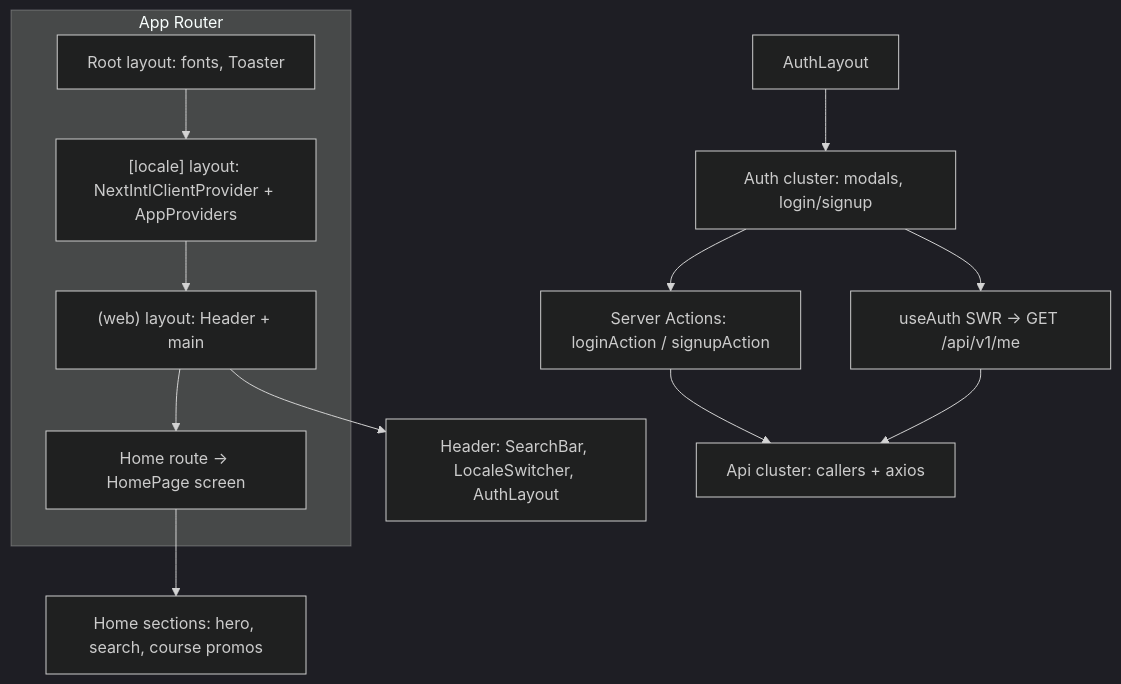
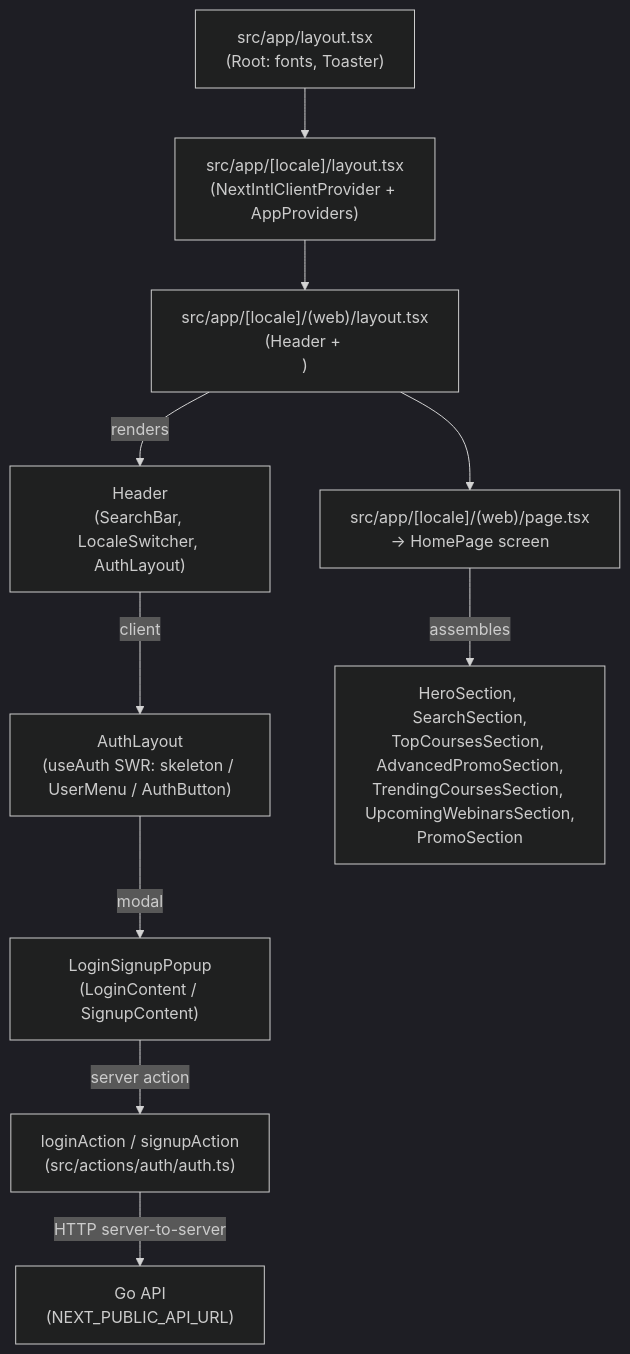
One commit to lkienkle11/fe-mycourse changed the diagram in docs/architecture.md. Above: the diagram before and after it, drawn with Mermaid (dark theme). The commit also changed other lines of this file and 3 other files, not shown here.

Commit message:
docs: expand architecture deploy flow screens

````diff
--- a/docs/architecture.md
+++ b/docs/architecture.md
@@ -20,17 +59,17 @@
 ```mermaid
 flowchart TB
-  subgraph app["App Router"]
-    RL[Root layout: fonts, Toaster]
-    LL["[locale] layout: NextIntlClientProvider + AppProviders"]
-    WL["(web) layout: Header + main"]
-    HP[Home route → HomePage screen]
-  end
+  RL["src/app/layout.tsx\n(Root: fonts, Toaster)"]
+  LL["src/app/[locale]/layout.tsx\n(NextIntlClientProvider + AppProviders)"]
+  WL["src/app/[locale]/(web)/layout.tsx\n(Header + <main>)"]
+  HP["src/app/[locale]/(web)/page.tsx\n→ HomePage screen"]
+
   RL --> LL --> WL --> HP
-  WL --> Header[Header: SearchBar, LocaleSwitcher, AuthLayout]
-  AuthLayout --> Auth[Auth cluster: modals, login/signup]
-  HP --> Ui[Home sections: hero, search, course promos]
-  Auth --> Actions[Server Actions: loginAction / signupAction]
-  Actions --> Api[Api cluster: callers + axios]
-  Auth --> ClientMe[useAuth SWR → GET /api/v1/me]
-  ClientMe --> Api
+
+  WL -->|renders| Header["Header\n(SearchBar, LocaleSwitcher, AuthLayout)"]
+  Header -->|client| AuthLayout["AuthLayout\n(useAuth SWR: skeleton / UserMenu / AuthButton)"]
+  AuthLayout -->|modal| LoginSignupPopup["LoginSignupPopup\n(LoginContent / SignupContent)"]
+  LoginSignupPopup -->|server action| SA["loginAction / signupAction\n(src/actions/auth/auth.ts)"]
+  SA -->|HTTP server-to-server| GoAPI["Go API\n(NEXT_PUBLIC_API_URL)"]
+
+  HP -->|assembles| Sections["HeroSection, SearchSection,\nTopCoursesSection, AdvancedPromoSection,\nTrendingCoursesSection, UpcomingWebinarsSection,\nPromoSection"]
 ```
````
